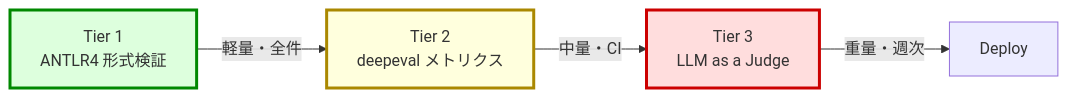
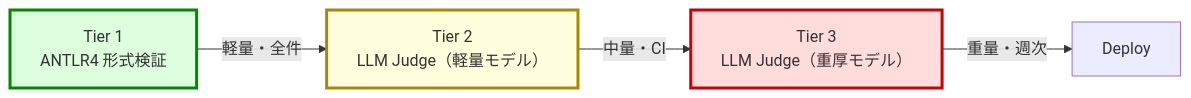
The diagram in 2026-03-19/diagrams/dev-eval.mmd (rkawajiri/tech-slides), drawn with Mermaid before and after one commit. The commit also changed 7 other files, not shown here.

First line of the commit message:
Restructure slides: add LLM-as-a-Judge intro, AgentOps, DSPy standalone

```diff
--- a/2026-03-19/diagrams/dev-eval.mmd
+++ b/2026-03-19/diagrams/dev-eval.mmd
@@ -1,8 +1,8 @@
 graph LR
-  C1["Tier 1<br>ANTLR4 形式検証"] -->|軽量・全件| C2["Tier 2<br>deepeval メトリクス"]
-  C2 -->|中量・CI| C3["Tier 3<br>LLM as a Judge"]
+  C1["Tier 1<br>ANTLR4 形式検証"] -->|軽量・全件| C2["Tier 2<br>LLM Judge（軽量モデル）"]
+  C2 -->|中量・CI| C3["Tier 3<br>LLM Judge（重厚モデル）"]
   C3 -->|重量・週次| C4[Deploy]
 
   style C1 fill:#dfd,stroke:#080,stroke-width:3px
   style C2 fill:#ffd,stroke:#a80,stroke-width:3px
   style C3 fill:#fdd,stroke:#c00,stroke-width:3px
```
